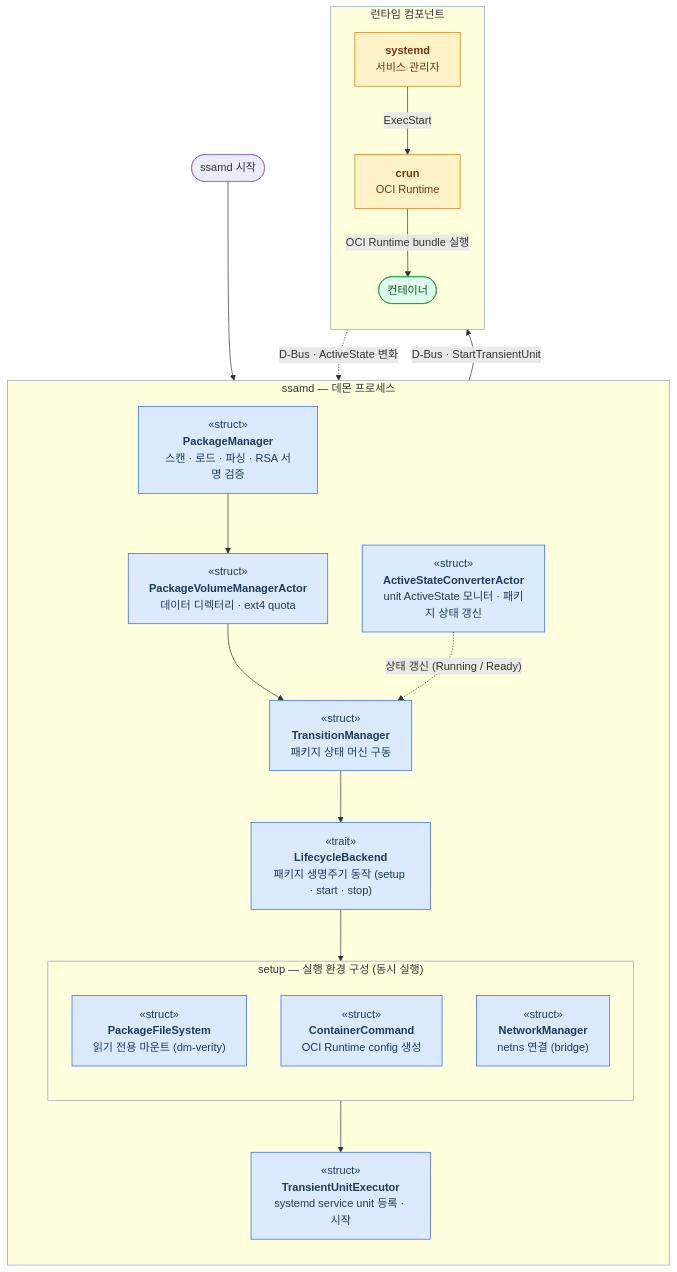
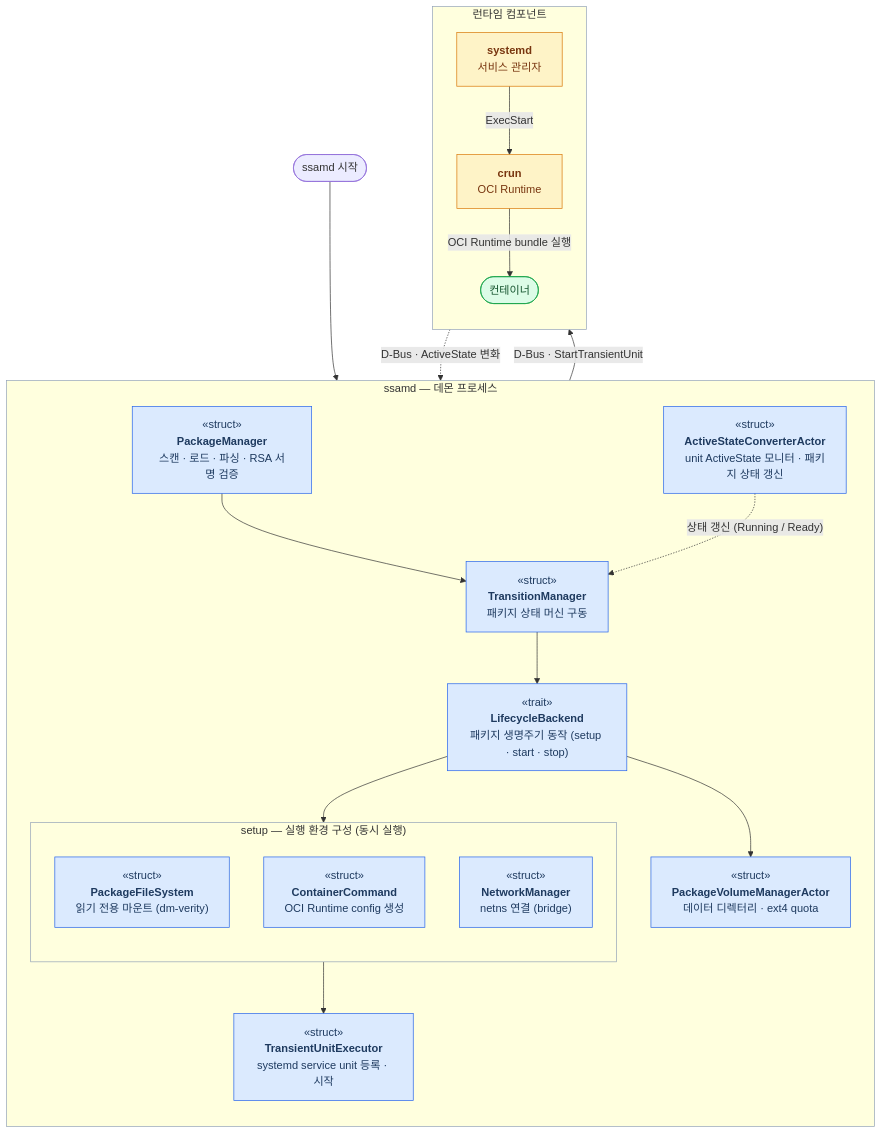
The first of 3 diagrams in docs/architecture/execution.ko.md (mobis-oss/ssam), drawn with Mermaid before and after one commit. The commit also changed other lines of this file and 13 other files, not shown here.

First line of the commit message:
ssamd: acquire the package volume lazily at setup

````diff
--- a/docs/architecture/execution.ko.md
+++ b/docs/architecture/execution.ko.md
@@ -24,41 +24,41 @@
 ```mermaid
 flowchart TB
   START(["ssamd 시작"]) --> PM
 
   subgraph SD["ssamd — 데몬 프로세스"]
     direction TB
-    PM["«struct»<br/><b>PackageManager</b><br/>스캔 · 로드 · 파싱 · RSA 서명 검증"] --> PVM["«struct»<br/><b>PackageVolumeManagerActor</b><br/>데이터 디렉터리 · ext4 quota"]
-    PVM --> TM["«struct»<br/><b>TransitionManager</b><br/>패키지 상태 머신 구동"]
+    PM["«struct»<br/><b>PackageManager</b><br/>스캔 · 로드 · 파싱 · RSA 서명 검증"] --> TM["«struct»<br/><b>TransitionManager</b><br/>패키지 상태 머신 구동"]
     TM --> PT["«trait»<br/><b>LifecycleBackend</b><br/>패키지 생명주기 동작 (setup · start · stop)"]
+    PT --> PVM["«struct»<br/><b>PackageVolumeManagerActor</b><br/>데이터 디렉터리 · ext4 quota"]
 
     subgraph SU["setup — 실행 환경 구성 (동시 실행)"]
       direction TB
       PFS["«struct»<br/><b>PackageFileSystem</b><br/>읽기 전용 마운트 (dm-verity)"]
       EC["«struct»<br/><b>ContainerCommand</b><br/>OCI Runtime config 생성"]
       NM["«struct»<br/><b>NetworkManager</b><br/>netns 연결 (bridge)"]
     end
 
     PT --> SU
     SU --> CEB["«struct»<br/><b>TransientUnitExecutor</b><br/>systemd service unit 등록 · 시작"]
     ASM["«struct»<br/><b>ActiveStateConverterActor</b><br/>unit ActiveState 모니터 · 패키지 상태 갱신"] -.->|"상태 갱신 (Running / Ready)"| TM
   end
 
   CEB -->|"D-Bus · StartTransientUnit"| SY
   SY -.->|"D-Bus · ActiveState 변화"| ASM
 
   subgraph EXT["런타임 컴포넌트"]
     direction TB
     SY["<b>systemd</b><br/>서비스 관리자"] -->|"ExecStart"| CR["<b>crun</b><br/>OCI Runtime"]
     CR -->|"OCI Runtime bundle 실행"| CT(["컨테이너"])
   end
 
   classDef actor fill:#dbeafe,stroke:#2563eb,color:#1e3a5f;
   classDef ext fill:#fef3c7,stroke:#d97706,color:#78350f;
   classDef result fill:#dcfce7,stroke:#16a34a,color:#14532d;
   class PM,TM,PT,PFS,EC,NM,PVM,CEB,ASM actor;
   class SY,CR ext;
   class CT result;
   style SD stroke:#94a3b8
   style SU stroke:#94a3b8
   style EXT stroke:#94a3b8
 ```
````
